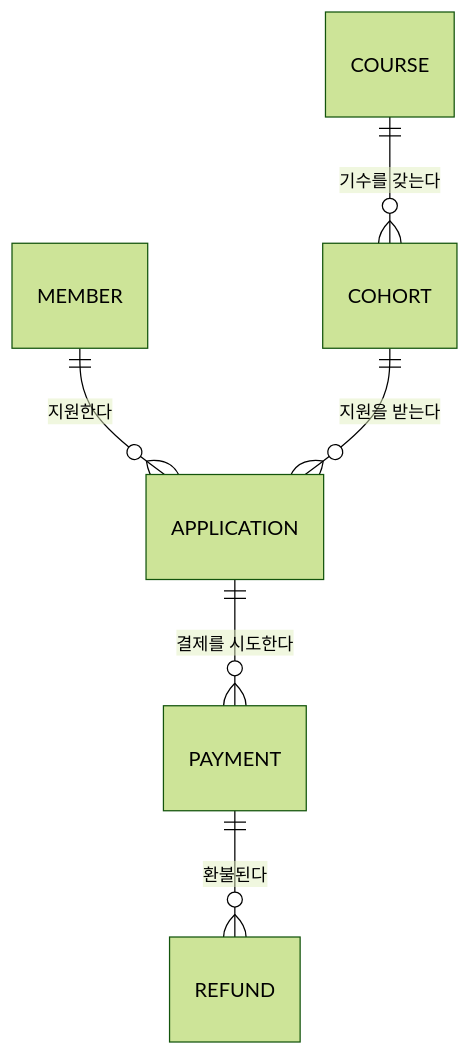
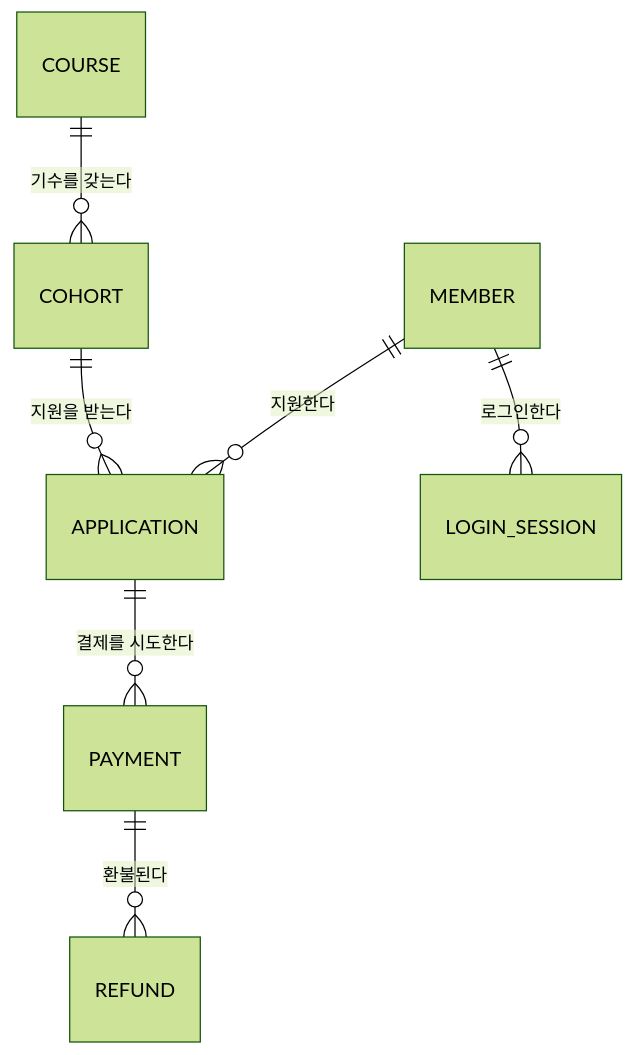
One commit to HkSoon1004/Personal-Project-1 changed the second of 2 diagrams in docs/REQUIREMENTS.md. Above: the diagram before and after it, drawn with Mermaid (forest theme). The commit also changed other lines of this file and 4 other files, not shown here.

````diff
--- a/docs/REQUIREMENTS.md
+++ b/docs/REQUIREMENTS.md
@@ -244,8 +244,9 @@
 ```mermaid
 erDiagram
     MEMBER ||--o{ APPLICATION : "지원한다"
+    MEMBER ||--o{ LOGIN_SESSION : "로그인한다"
     COURSE ||--o{ COHORT : "기수를 갖는다"
     COHORT ||--o{ APPLICATION : "지원을 받는다"
     APPLICATION ||--o{ PAYMENT : "결제를 시도한다"
     PAYMENT ||--o{ REFUND : "환불된다"
 ```
````
